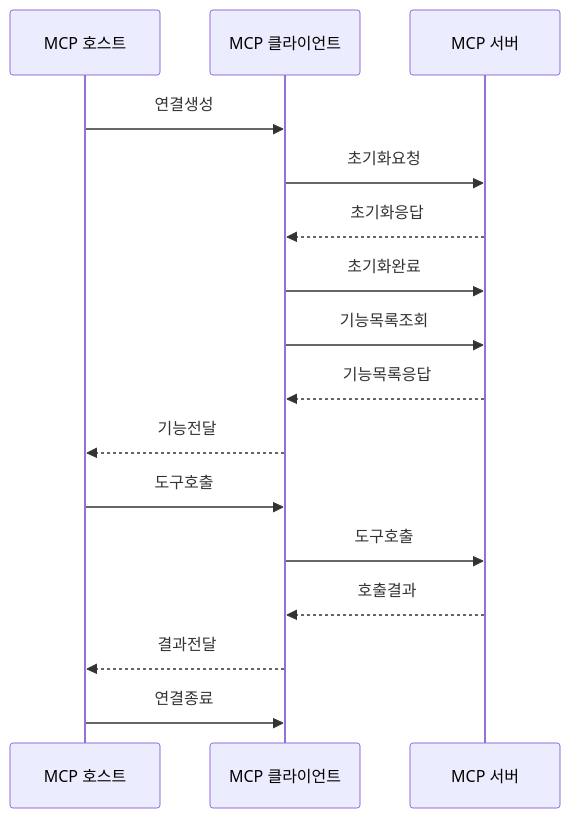
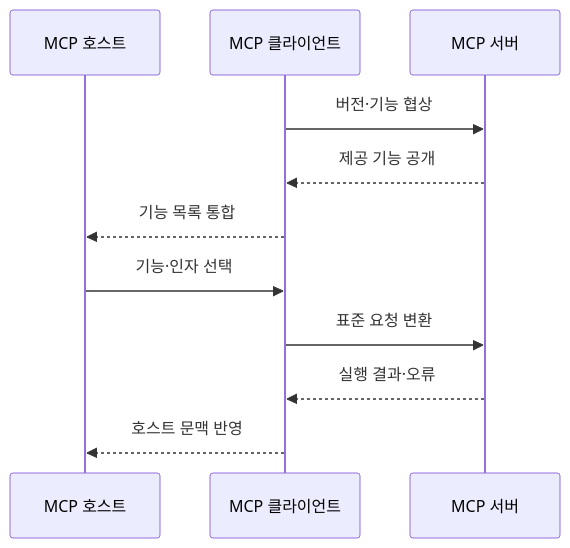
Before and after one commit to agnusdei1207/knowledge-base: the second of 2 diagrams in src/content/docs/notes/08-latest-tech/008_mcp_client.md, drawn with Mermaid. The commit also changed other lines of this file and 9 other files, not shown here.

````diff
--- a/src/content/docs/notes/08-latest-tech/008_mcp_client.md
+++ b/src/content/docs/notes/08-latest-tech/008_mcp_client.md
@@ -85,18 +85,13 @@
 ```mermaid
 sequenceDiagram
     participant H as MCP 호스트
     participant C as MCP 클라이언트
     participant S as MCP 서버
-    H->>C: 연결생성
-    C->>S: 초기화요청
-    S-->>C: 초기화응답
-    C->>S: 초기화완료
-    C->>S: 기능목록조회
-    S-->>C: 기능목록응답
-    C-->>H: 기능전달
-    H->>C: 도구호출
-    C->>S: 도구호출
-    S-->>C: 호출결과
-    C-->>H: 결과전달
-    H->>C: 연결종료
+    C->>S: 버전·기능 협상
+    S-->>C: 제공 기능 공개
+    C-->>H: 기능 목록 통합
+    H->>C: 기능·인자 선택
+    C->>S: 표준 요청 변환
+    S-->>C: 실행 결과·오류
+    C-->>H: 호스트 문맥 반영
 ```
````
